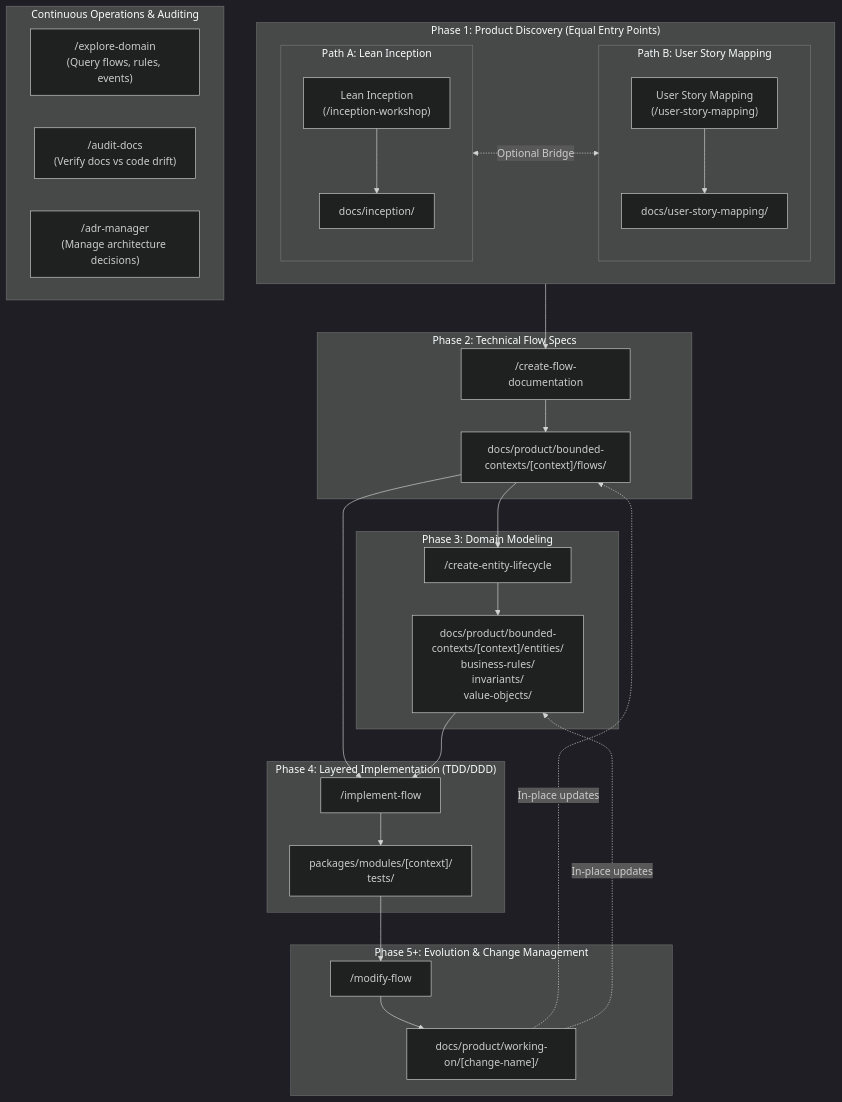
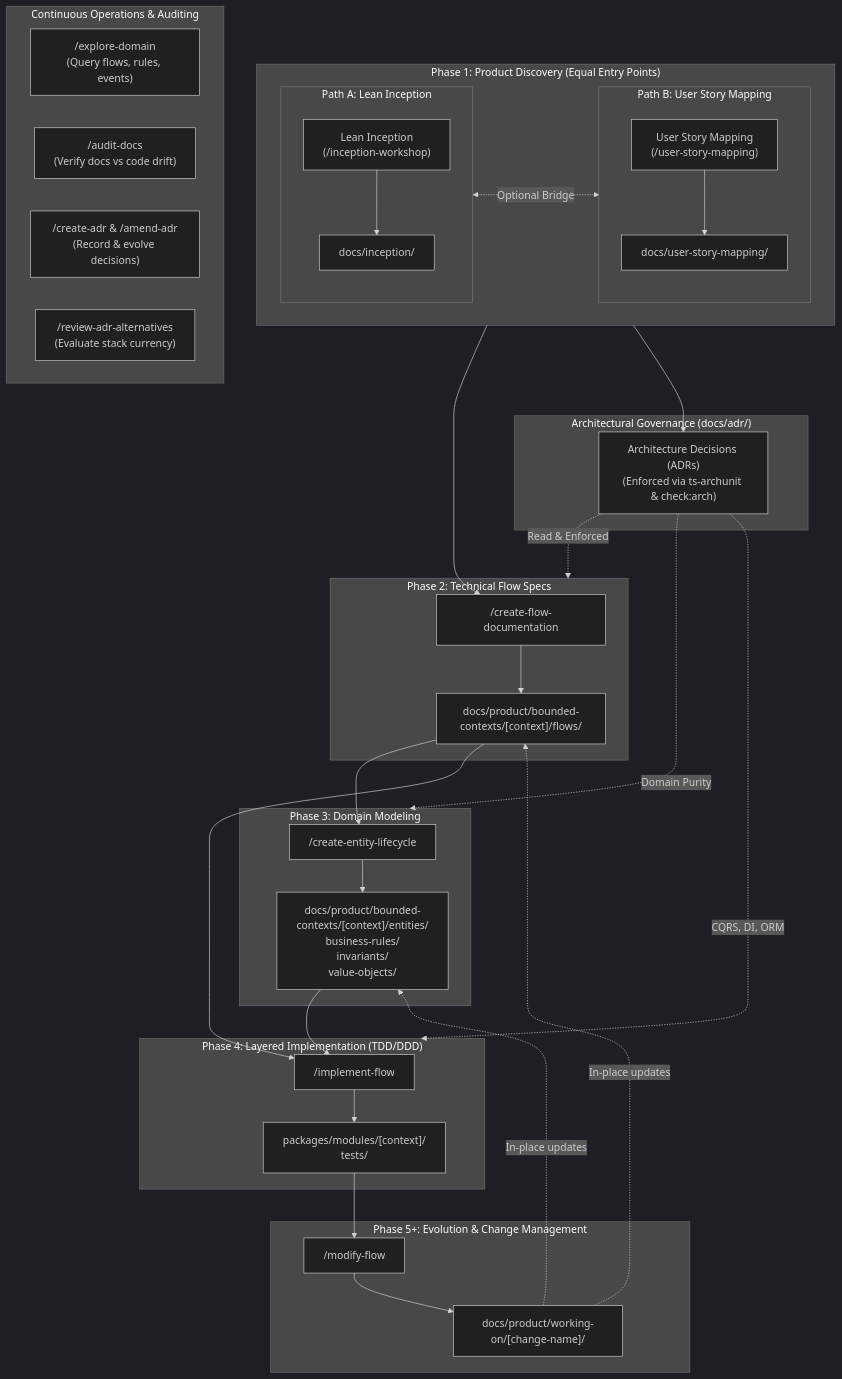
One commit to faparicior/SessioFlow changed the diagram in docs/SDLC-WORKFLOW-DIRECTORY.md. Above: the diagram before and after it, drawn with Mermaid (dark theme). The commit also changed other lines of this file and 25 other files, not shown here.

Commit message:
refactor: replace monolithic adr-manager skill with granular create, amend, review, and validate ADR skills

````diff
--- a/docs/SDLC-WORKFLOW-DIRECTORY.md
+++ b/docs/SDLC-WORKFLOW-DIRECTORY.md
@@ -11,46 +11,56 @@
 ```mermaid
 flowchart TD
     subgraph Discovery ["Phase 1: Product Discovery (Equal Entry Points)"]
         direction LR
 
         subgraph PathA ["Path A: Lean Inception"]
             direction TB
             P1["Lean Inception\n(/inception-workshop)"] --> D1["docs/inception/"]
         end
 
         subgraph PathB ["Path B: User Story Mapping"]
             direction TB
             P1b["User Story Mapping\n(/user-story-mapping)"] --> D1b["docs/user-story-mapping/"]
         end
 
         D1 <-.->|"Optional Bridge"| D1b
     end
 
     Discovery --> P2
 
     subgraph Specs ["Phase 2: Technical Flow Specs"]
         P2["/create-flow-documentation"] --> D2["docs/product/bounded-contexts/[context]/flows/"]
     end
 
     subgraph DomainModel ["Phase 3: Domain Modeling"]
         D2 --> P3["/create-entity-lifecycle"]
         P3 --> D3["docs/product/bounded-contexts/[context]/entities/\nbusiness-rules/\ninvariants/\nvalue-objects/"]
     end
 
     subgraph Implementation ["Phase 4: Layered Implementation (TDD/DDD)"]
         D2 & D3 --> P4["/implement-flow"]
         P4 --> D4["packages/modules/[context]/\ntests/"]
     end
 
     subgraph Evolution ["Phase 5+: Evolution & Change Management"]
         D4 --> P5["/modify-flow"]
         P5 --> D5["docs/product/working-on/[change-name]/"]
         D5 -. In-place updates .-> D2 & D3
     end
 
     subgraph Operations ["Continuous Operations & Auditing"]
         O1["/explore-domain\n(Query flows, rules, events)"]
         O2["/audit-docs\n(Verify docs vs code drift)"]
-        O3["/adr-manager\n(Manage architecture decisions)"]
+        O3["/create-adr & /amend-adr\n(Record & evolve decisions)"]
+        O4["/review-adr-alternatives\n(Evaluate stack currency)"]
     end
+
+    subgraph Architecture ["Architectural Governance (docs/adr/)"]
+        ADR["Architecture Decisions (ADRs)\n(Enforced via ts-archunit & check:arch)"]
+    end
+
+    Discovery --> ADR
+    ADR -. Read & Enforced .-> Specs
+    ADR -. Domain Purity .-> DomainModel
+    ADR -. CQRS, DI, ORM .-> Implementation
 ```
````
